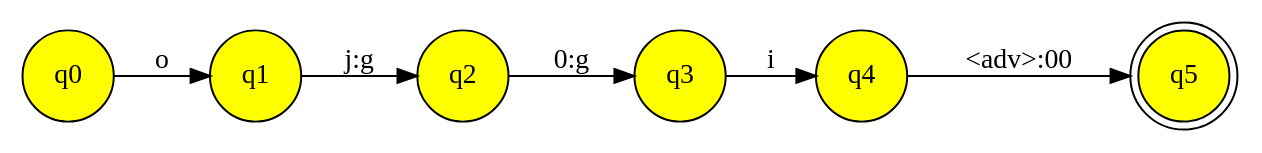
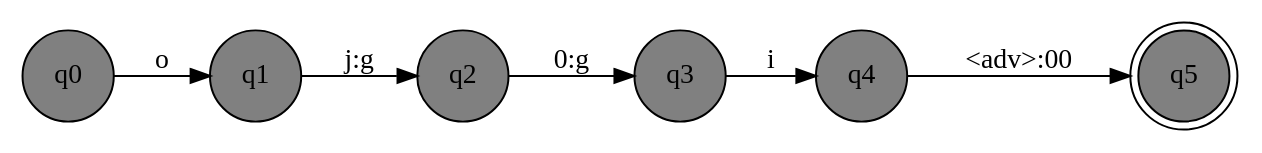
One commit to apertium/apertium-scn changed the diagram in dev/lexex.dot. Above: the diagram before and after it, drawn with Graphviz. The commit also changed 2 other files, not shown here.

Commit message:
s/yellow/gray

```diff
--- a/dev/lexex.dot
+++ b/dev/lexex.dot
@@ -1,17 +1,17 @@
 // This graph generated with hfst-fst2txt
 digraph "string()" {
 charset = UTF8;
 rankdir = LR;
-node [shape=circle,style=filled,fillcolor=yellow]
+node [shape=circle,style=filled,fillcolor=gray]
 q0 [label="q0"] 
 q1 [label="q1"] 
 q2 [label="q2"] 
 q3 [label="q3"] 
 q4 [label="q4"] 
 q5 [shape=doublecircle,label="q5"] 
 q0 -> q1 [label="o "];
 q1 -> q2 [label="j:g "];
 q2 -> q3 [label="0:g "];
 q3 -> q4 [label="i "];
 q4 -> q5 [label="<adv>:00 "];
 }
```
